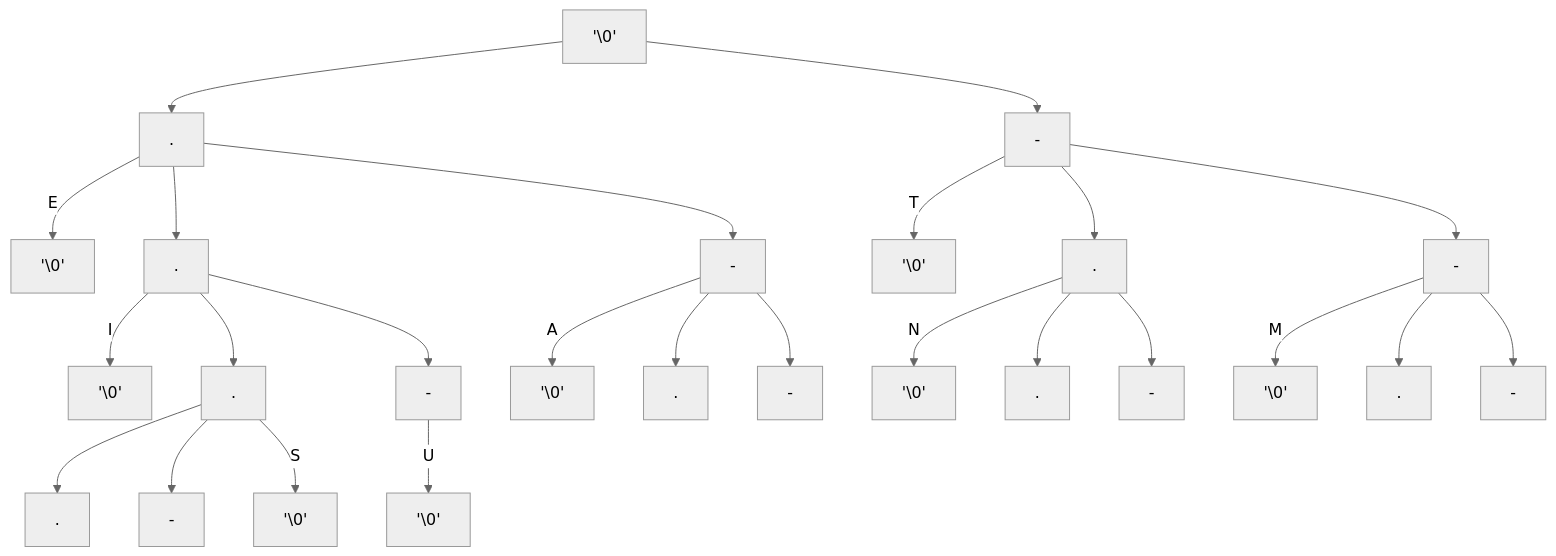
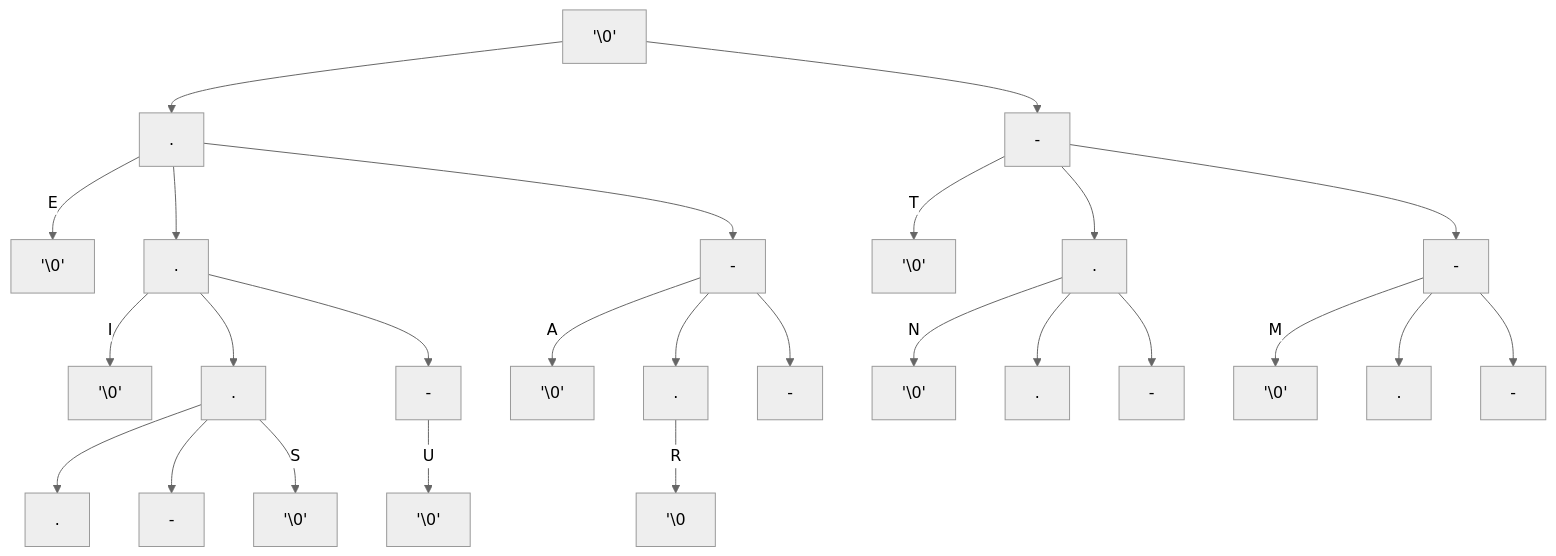
One commit to mmcnally1/arduino-projects changed the second of 2 diagrams in morse-code/README.md. Above: the diagram before and after it, drawn with Mermaid (neutral theme).

````diff
--- a/morse-code/README.md
+++ b/morse-code/README.md
@@ -27,28 +27,29 @@
 ```mermaid
 graph TD;
 A['\0'] --> B[.]
 A['\0'] --> H[-]
 B[.] -- E --> C['\0']
 B[.] --> D[.]
 D[.] -- I --> E['\0']
 B[.] --> F[-]
 F[-] -- A --> G['\0']
 H[-] -- T --> I['\0']
 H[-] --> J[.]
 J[.] -- N --> K['\0']
 H[-] --> L[-]
 L[-] -- M --> M['\0']
 D[.] --> N[.]
 D[.] --> O[-]
 L[-] --> P[.]
 L[-] --> Q[-]
 F[-] --> R[.]
 F[-] --> S[-]
 N[.] --> T[.]
 N[.] --> U[-]
 N[.] -- S --> V['\0']
 J[.] --> W[.]
 J[.] --> X[-]
 O[-] -- U --> Y['\0']
+R[.] -- R --> Z['\0]
 
 ```
````
